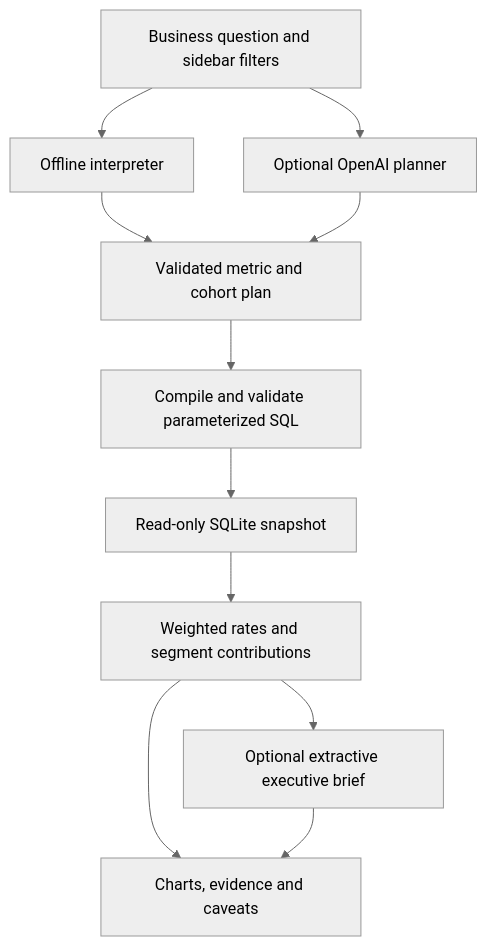
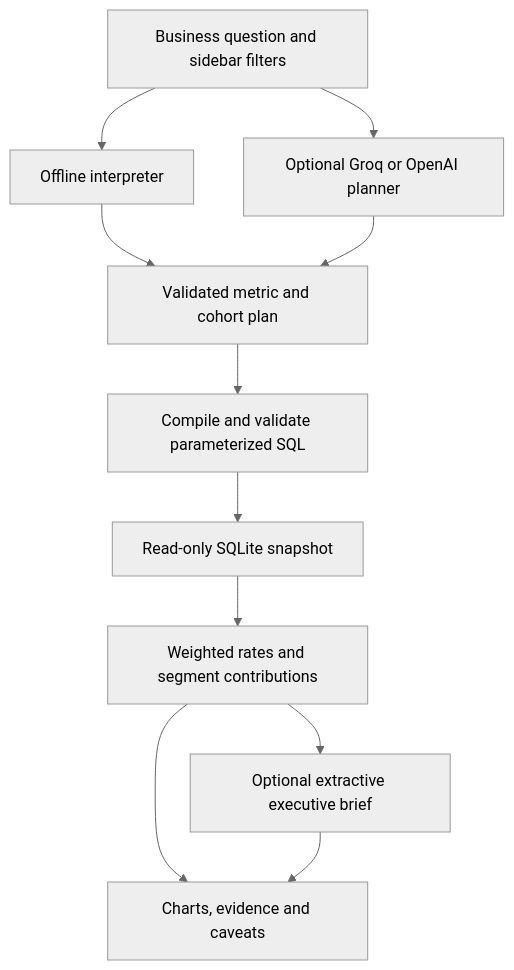
The diagram in README.md (subhamghoshkgp/paysight-ai-enterprise-analyst), drawn with Mermaid (neutral theme) before and after one commit. The commit also changed other lines of this file and 9 other files, not shown here.

````diff
--- a/README.md
+++ b/README.md
@@ -44,13 +44,13 @@
 ```mermaid
 flowchart TD
     Q["Business question and sidebar filters"] --> O["Offline interpreter"]
-    Q --> M["Optional OpenAI planner"]
+    Q --> M["Optional Groq or OpenAI planner"]
     O --> P["Validated metric and cohort plan"]
     M --> P
     P --> S["Compile and validate parameterized SQL"]
     S --> D["Read-only SQLite snapshot"]
     D --> A["Weighted rates and segment contributions"]
     A --> V["Charts, evidence and caveats"]
     A --> E["Optional extractive executive brief"]
     E --> V
 ```
````
